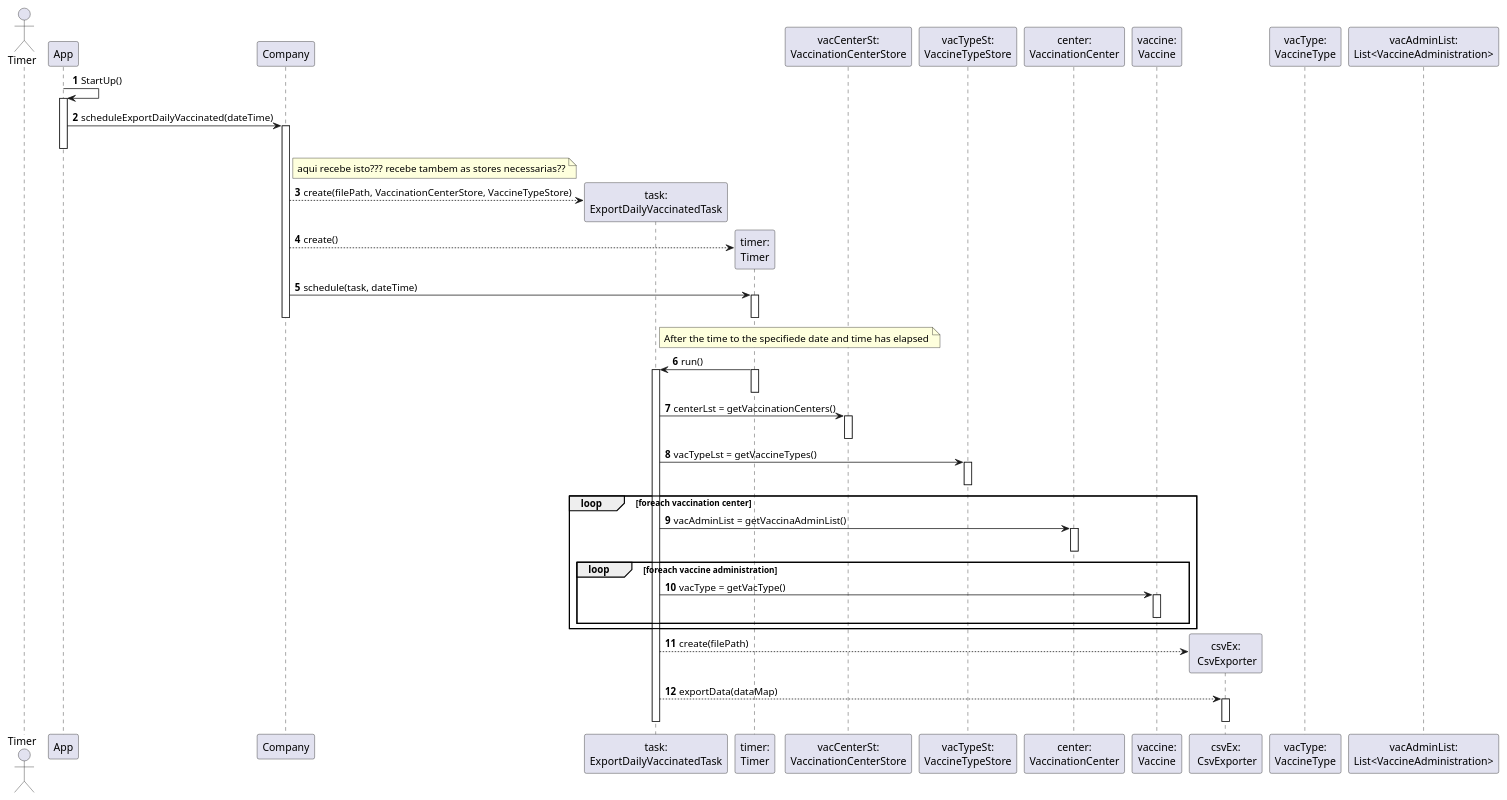
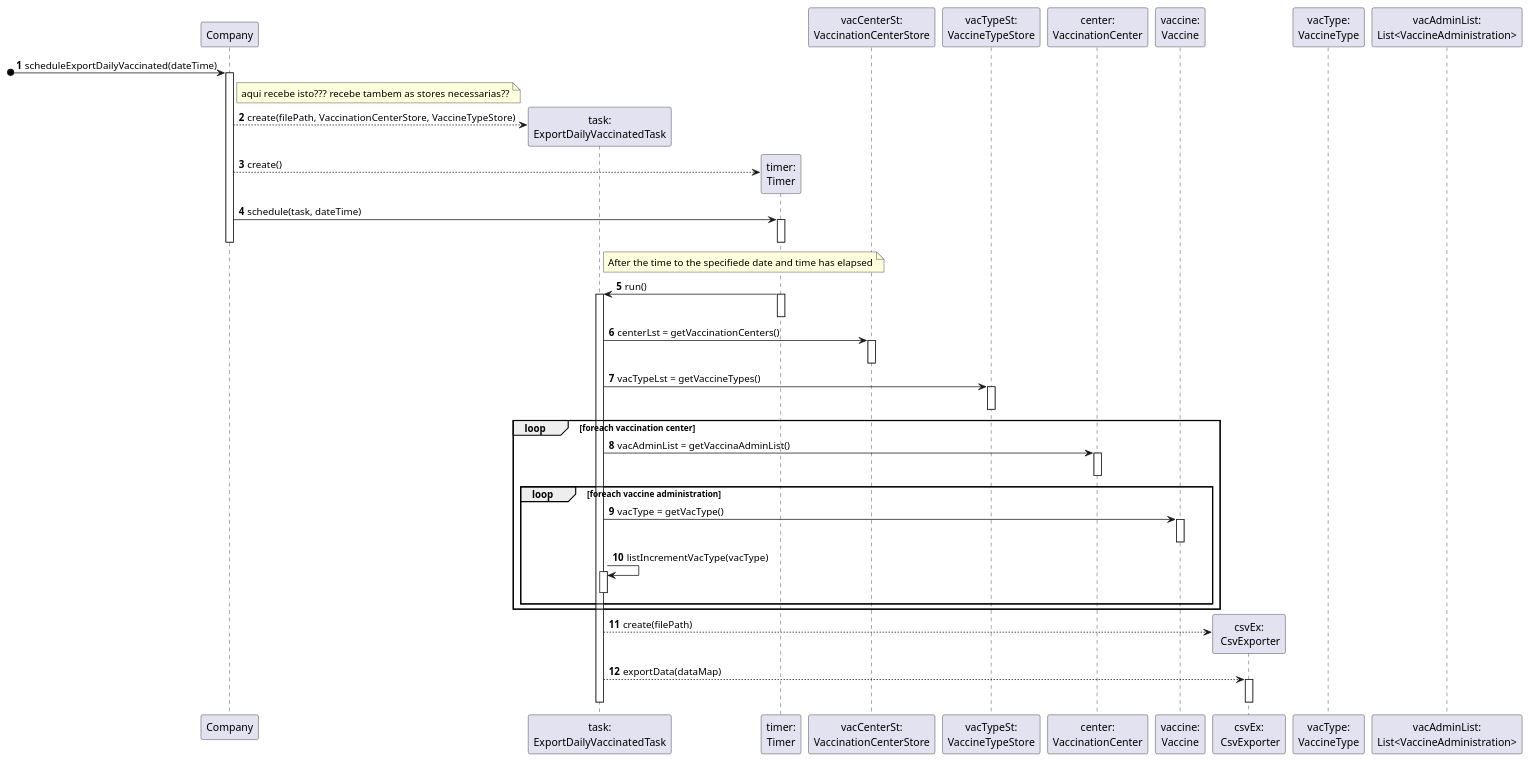
One commit to miseEnPlace-i/lapr2 changed the diagram in docs/SprintD/US06/SD/US06_SD.puml. Above: the diagram before and after it, drawn with PlantUML.

Commit message:
docs: updated SD

```diff
--- a/docs/SprintD/US06/SD/US06_SD.puml
+++ b/docs/SprintD/US06/SD/US06_SD.puml
@@ -1,78 +1,76 @@
 @startuml
 autonumber
 'hide footbox
-actor "Timer" as ACTOR
 
-participant "App" as APP
 participant "Company" as COMP
 participant "task:\nExportDailyVaccinatedTask" as TASK
 participant "timer:\nTimer" as TIMER
 participant "vacCenterSt:\nVaccinationCenterStore" as VCST
 participant "vacTypeSt:\nVaccineTypeStore" as VTST
 participant "center:\nVaccinationCenter" as CENTER
 participant "vaccine:\nVaccine" as VAC
 participant "csvEx:\n CsvExporter" as CSVEX
 participant "vacType:\nVaccineType" as VACTYPE
 participant "vacAdminList:\nList<VaccineAdministration>" as VALST
 
 
 
-APP -> APP : StartUp()
-activate APP
-    APP -> COMP : scheduleExportDailyVaccinated(dateTime)
+    [o-> COMP : scheduleExportDailyVaccinated(dateTime)
     activate COMP
-
-    deactivate APP
 
         note right of COMP
             aqui recebe isto??? recebe tambem as stores necessarias??
         end note 
         COMP --> TASK ** : create(filePath, VaccinationCenterStore, VaccineTypeStore)
 
         COMP --> TIMER ** : create()
 
         COMP -> TIMER : schedule(task, dateTime)
         activate TIMER
         deactivate TIMER
 
         note right TASK 
             After the time to the specifiede date and time has elapsed
         end note 
         
     deactivate COMP
 
         TIMER -> TASK : run()
         activate TIMER
         deactivate TIMER
         activate TASK
             TASK -> VCST : centerLst = getVaccinationCenters()
             activate VCST
             deactivate VCST
 
             TASK -> VTST : vacTypeLst = getVaccineTypes()
             activate VTST
             deactivate VTST
 
             loop foreach vaccination center
                 TASK -> CENTER : vacAdminList = getVaccinaAdminList()
                 activate CENTER
                 deactivate CENTER
 
                 loop foreach vaccine administration
                     TASK -> VAC : vacType = getVacType()
                     activate VAC
                     deactivate VAC
+
+                    TASK -> TASK : listIncrementVacType(vacType)
+                    activate TASK
+                    deactivate TASK
                 end
             end
 
             TASK --> CSVEX ** : create(filePath)
             TASK --> CSVEX : exportData(dataMap)
             activate CSVEX
             deactivate CSVEX
 
         deactivate TASK
 
 
 
 
 @enduml 
```
